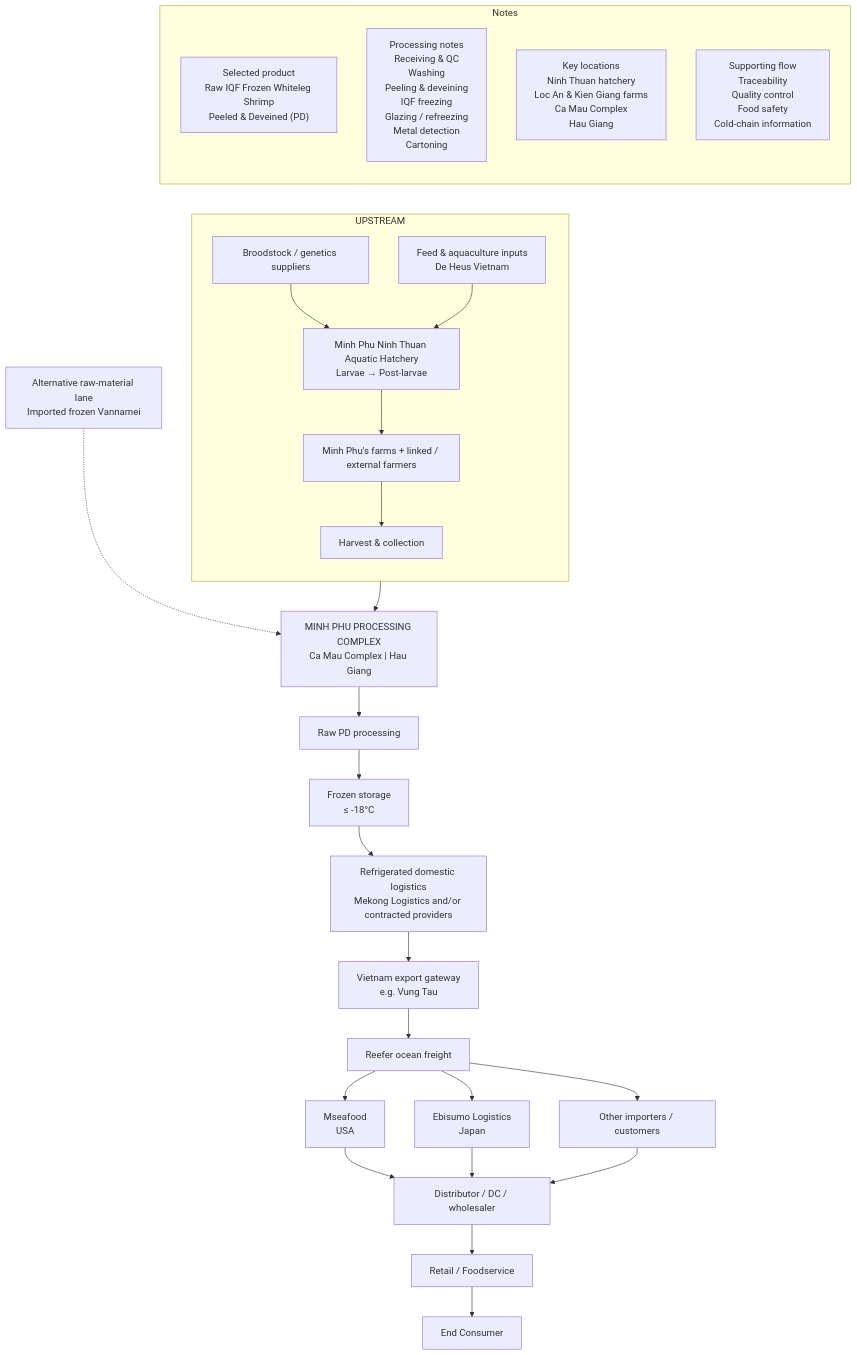
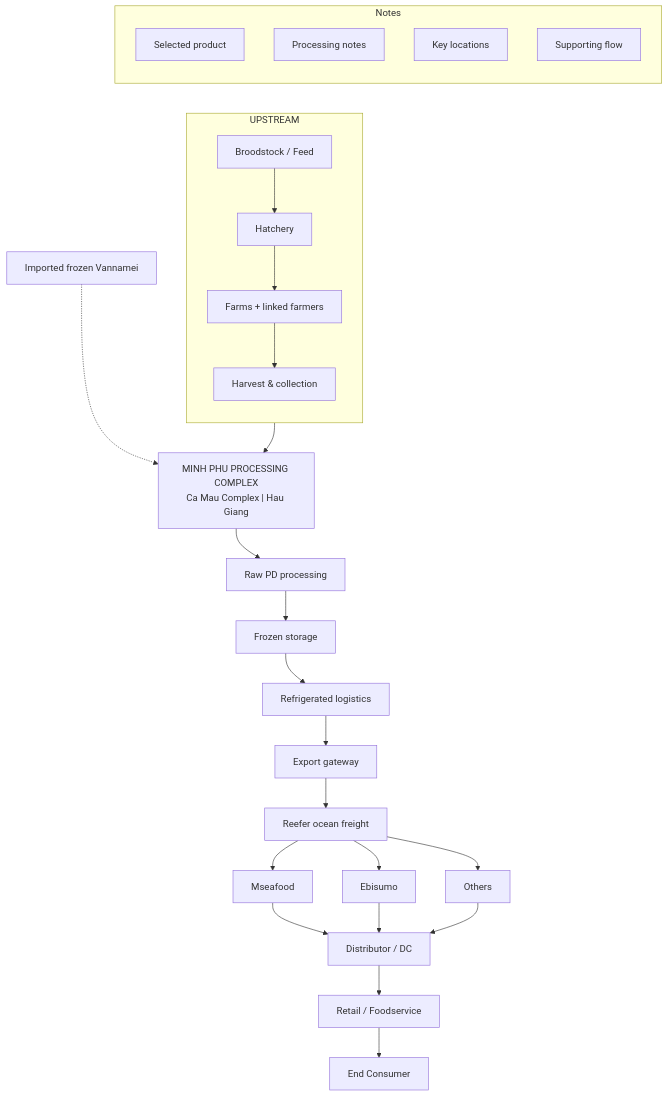
The diagram in minh_phu_supply_chain_master_clean_v2.md (khoahcmiu/khoa), drawn with Mermaid before and after one commit.

Commit message:
Refactor flowchart structure and notes
Updated flowchart notes and connections for clarity.

````diff
--- a/minh_phu_supply_chain_master_clean_v2.md
+++ b/minh_phu_supply_chain_master_clean_v2.md
@@ -24,88 +24,53 @@
 ```mermaid
 flowchart TD
 
-%% =====================
-%% LEFT NOTES
-%% =====================
-
 subgraph NOTES["Notes"]
 direction TB
-N1["Selected product<br/>Raw IQF Frozen Whiteleg Shrimp<br/>Peeled & Deveined (PD)"]
-N2["Processing notes<br/>Receiving & QC<br/>Washing<br/>Peeling & deveining<br/>IQF freezing<br/>Glazing / refreezing<br/>Metal detection<br/>Cartoning"]
-N3["Key locations<br/>Ninh Thuan hatchery<br/>Loc An & Kien Giang farms<br/>Ca Mau Complex<br/>Hau Giang"]
-N4["Supporting flow<br/>Traceability<br/>Quality control<br/>Food safety<br/>Cold-chain information"]
+N1["Selected product"]
+N2["Processing notes"]
+N3["Key locations"]
+N4["Supporting flow"]
 end
-
-%% =====================
-%% UPSTREAM
-%% =====================
 
 subgraph UP["UPSTREAM"]
 direction TB
-A["Broodstock / genetics suppliers"]
-B["Feed & aquaculture inputs<br/>De Heus Vietnam"]
-C["Minh Phu Ninh Thuan Aquatic Hatchery<br/>Larvae → Post-larvae"]
-D["Minh Phu's farms + linked / external farmers"]
-E["Harvest & collection"]
-
-A --> C
-B --> C
-C --> D
-D --> E
+A["Broodstock / Feed"]
+B["Hatchery"]
+C["Farms + linked farmers"]
+D["Harvest & collection"]
+A --> B --> C --> D
 end
 
-%% =====================
-%% MAIN FLOW
-%% =====================
+E["MINH PHU PROCESSING COMPLEX<br/>Ca Mau Complex | Hau Giang"]
+F["Raw PD processing"]
+G["Frozen storage"]
+H["Refrigerated logistics"]
+I["Export gateway"]
+J["Reefer ocean freight"]
 
-F["MINH PHU PROCESSING COMPLEX<br/>Ca Mau Complex | Hau Giang"]
+K1["Mseafood"]
+K2["Ebisumo"]
+K3["Others"]
 
-G["Raw PD processing"]
+L["Distributor / DC"]
+M["Retail / Foodservice"]
+N["End Consumer"]
 
-H["Frozen storage<br/>≤ -18°C"]
+X["Imported frozen Vannamei"]
 
-I["Refrigerated domestic logistics<br/>Mekong Logistics and/or contracted providers"]
+D --> E --> F --> G --> H --> I --> J
+J --> K1
+J --> K2
+J --> K3
+K1 --> L
+K2 --> L
+K3 --> L
+L --> M --> N
 
-J["Vietnam export gateway<br/>e.g. Vung Tau"]
+X -.-> E
 
-K["Reefer ocean freight"]
-
-L1["Mseafood<br/>USA"]
-L2["Ebisumo Logistics<br/>Japan"]
-L3["Other importers / customers"]
-
-M["Distributor / DC / wholesaler"]
-
-N["Retail / Foodservice"]
-
-O["End Consumer"]
-
-X["Alternative raw-material lane<br/>Imported frozen Vannamei"]
-
-%% main connections
-E --> F
-F --> G
-G --> H
-H --> I
-I --> J
-J --> K
-
-K --> L1
-K --> L2
-K --> L3
-
-L1 --> M
-L2 --> M
-L3 --> M
-
-M --> N
-N --> O
-
-X -.-> F
-
-%% align notes to left visually
 N1 ~~~ A
-N2 ~~~ C
-N3 ~~~ F
-N4 ~~~ I
+N2 ~~~ F
+N3 ~~~ E
+N4 ~~~ H
 ```
````
